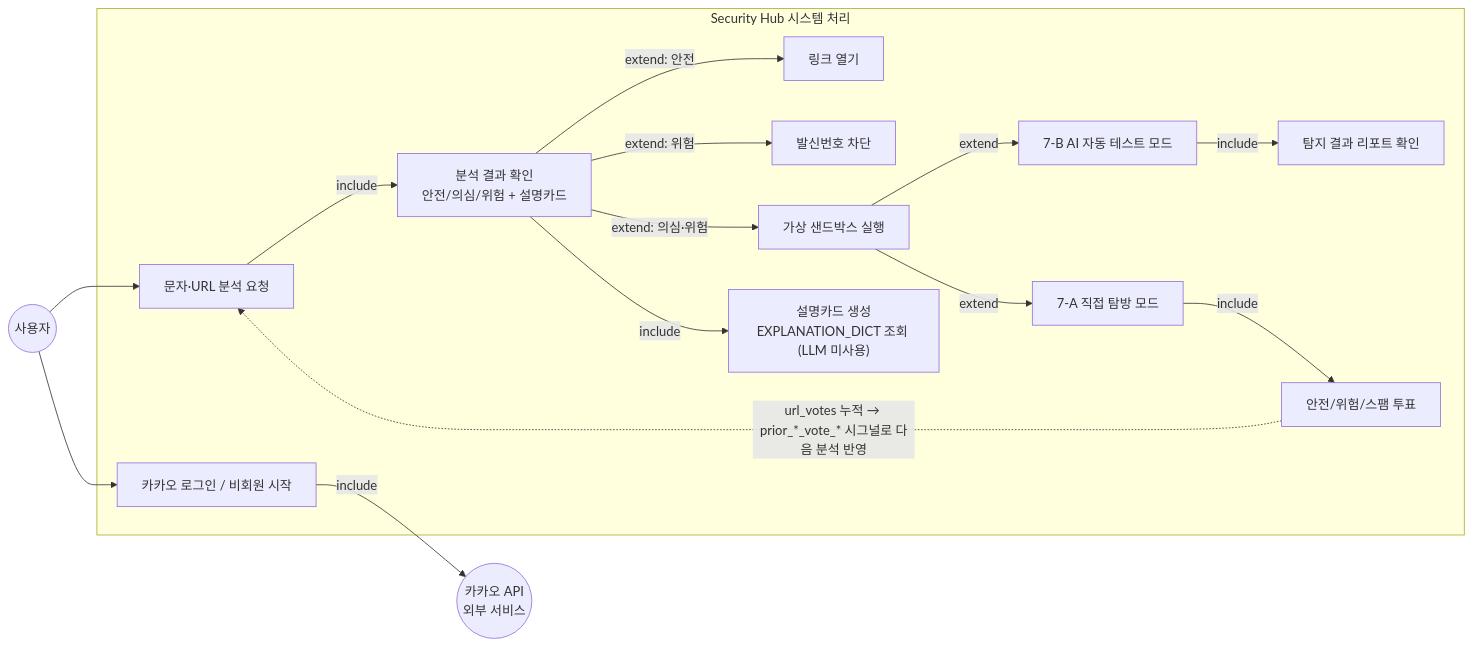
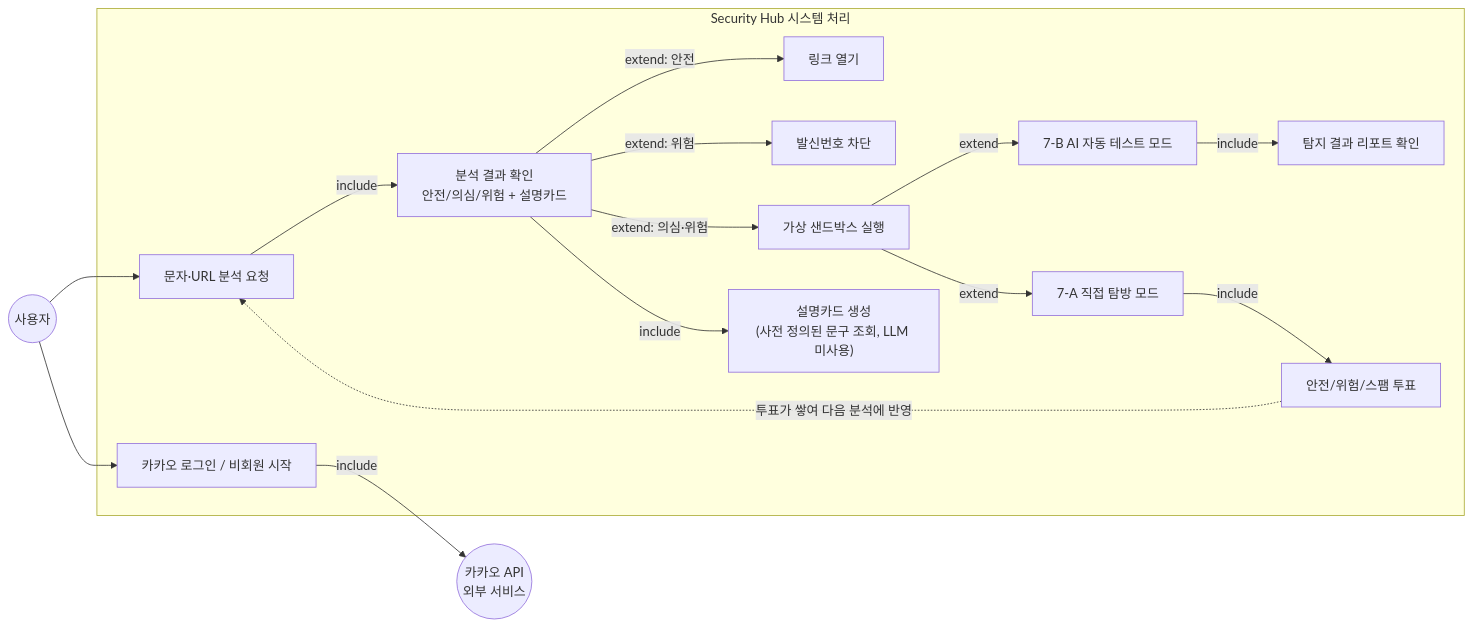
Before and after one commit to gusn9719/security_hub: the diagram in docs/use_case_diagram.md, drawn with Mermaid. The commit also changed other lines of this file and 20 other files, not shown here.

````diff
--- a/docs/use_case_diagram.md
+++ b/docs/use_case_diagram.md
@@ -9,31 +3,31 @@
 ```mermaid
 flowchart LR
     User(("사용자"))
     Kakao(("카카오 API\n외부 서비스"))
 
     subgraph System["Security Hub 시스템 처리"]
         UC0["카카오 로그인 / 비회원 시작"]
         UC1["문자·URL 분석 요청"]
         UC2["분석 결과 확인\n안전/의심/위험 + 설명카드"]
         UC3["링크 열기"]
         UC4["발신번호 차단"]
         UC5["가상 샌드박스 실행"]
         UC6["7-A 직접 탐방 모드"]
         UC7["7-B AI 자동 테스트 모드"]
         UC8["탐지 결과 리포트 확인"]
         UC9["안전/위험/스팸 투표"]
-        UC10["설명카드 생성\nEXPLANATION_DICT 조회 (LLM 미사용)"]
+        UC10["설명카드 생성\n(사전 정의된 문구 조회, LLM 미사용)"]
     end
 
     User --> UC0 -->|include| Kakao
     User --> UC1 -->|include| UC2
     UC2 -->|extend: 안전| UC3
     UC2 -->|extend: 위험| UC4
     UC2 -->|extend: 의심·위험| UC5
     UC2 -->|include| UC10
     UC5 -->|extend| UC6
     UC5 -->|extend| UC7
     UC7 -->|include| UC8
     UC6 -->|include| UC9
-    UC9 -.->|url_votes 누적 → prior_*_vote_* 시그널로 다음 분석 반영| UC1
+    UC9 -.->|투표가 쌓여 다음 분석에 반영| UC1
 ```
````
